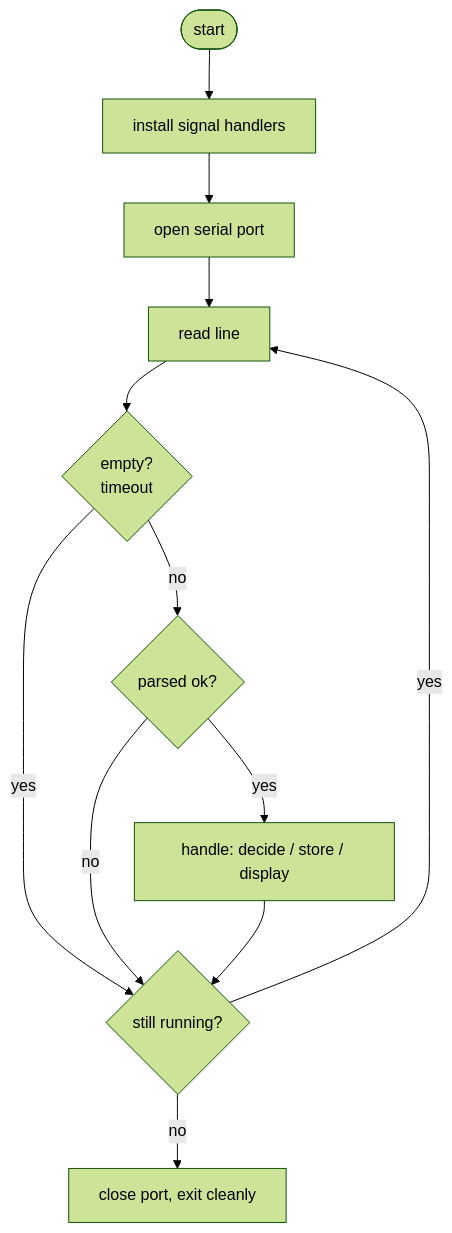
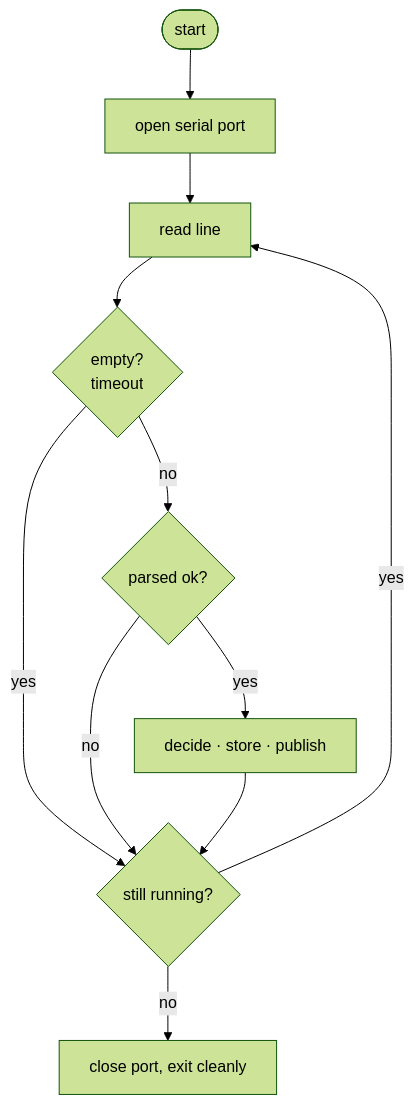
Before and after one commit to chetanjogi/edge-device: the third of 16 diagrams in README.md, drawn with Mermaid (forest theme). The commit also changed other lines of this file, not shown here.

Commit message:
Document control API architecture and service/client split

````diff
--- a/README.md
+++ b/README.md
@@ -179,14 +209,13 @@
 ```mermaid
 flowchart TD
-    START([start]) --> SIG[install signal handlers]
-    SIG --> PORT[open serial port]
+    START([start]) --> PORT[open serial port]
     PORT --> READ[read line]
     READ --> EMPTY{empty?<br/>timeout}
     EMPTY -- yes --> RUN{still running?}
     EMPTY -- no --> PARSE{parsed ok?}
     PARSE -- no --> RUN
-    PARSE -- yes --> HANDLE[handle: decide / store / display]
+    PARSE -- yes --> HANDLE[decide · store · publish]
     HANDLE --> RUN
     RUN -- yes --> READ
     RUN -- no --> CLOSE[close port, exit cleanly]
 ```
````
